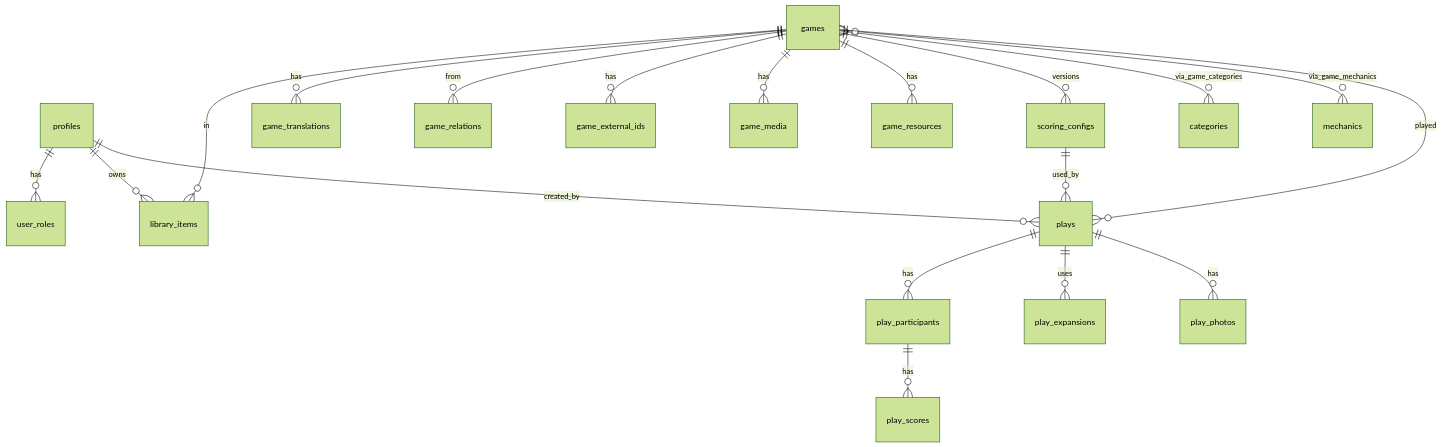
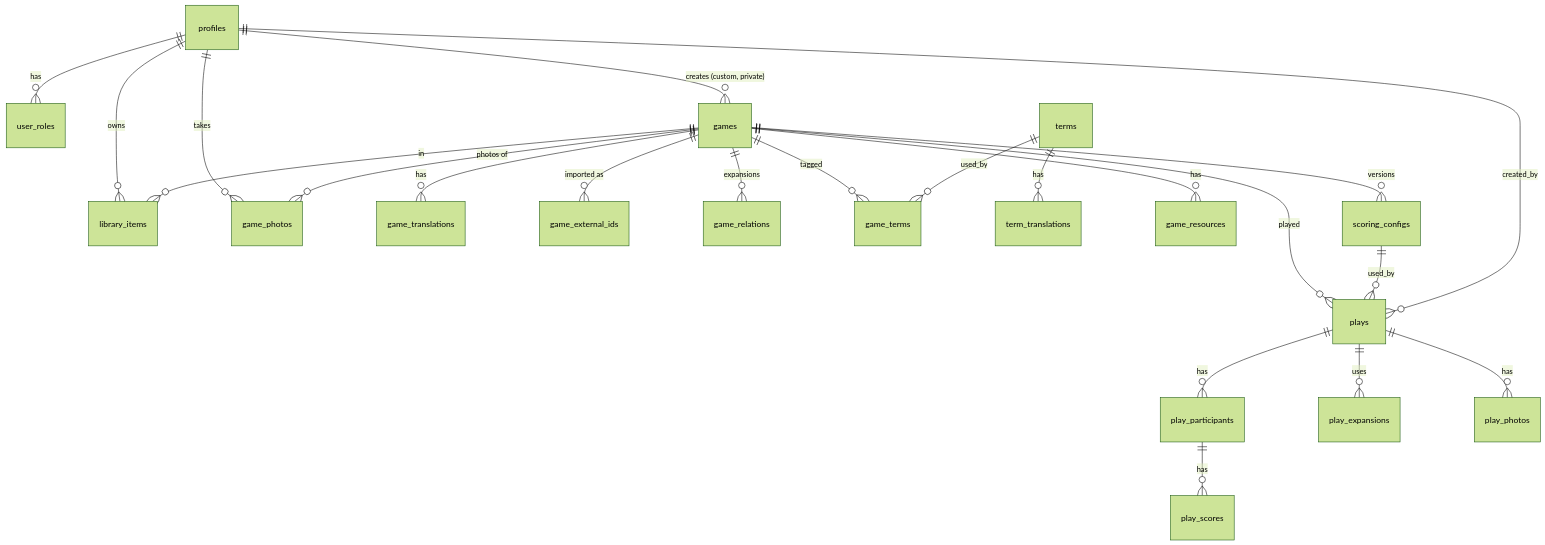
Before and after one commit to oscarandrespabonestrella/Amika: the diagram in docs/DATABASE.md, drawn with Mermaid (forest theme). The commit also changed other lines of this file and 83 other files, not shown here.

````diff
--- a/docs/DATABASE.md
+++ b/docs/DATABASE.md
@@ -15,21 +15,24 @@
 ```mermaid
 erDiagram
   profiles ||--o{ user_roles : has
   profiles ||--o{ library_items : owns
+  profiles ||--o{ game_photos : takes
+  profiles ||--o{ games : "creates (custom, private)"
   games ||--o{ library_items : "in"
   games ||--o{ game_translations : has
-  games ||--o{ game_relations : "from"
-  games ||--o{ game_external_ids : has
-  games ||--o{ game_media : has
+  games ||--o{ game_external_ids : "imported as"
+  games ||--o{ game_relations : "expansions"
+  games ||--o{ game_terms : tagged
+  terms ||--o{ game_terms : used_by
+  terms ||--o{ term_translations : has
+  games ||--o{ game_photos : "photos of"
   games ||--o{ game_resources : has
   games ||--o{ scoring_configs : versions
-  games }o--o{ categories : via_game_categories
-  games }o--o{ mechanics : via_game_mechanics
   games ||--o{ plays : played
   scoring_configs ||--o{ plays : used_by
   profiles ||--o{ plays : created_by
   plays ||--o{ play_participants : has
   plays ||--o{ play_expansions : uses
   plays ||--o{ play_photos : has
   play_participants ||--o{ play_scores : has
 ```
````
